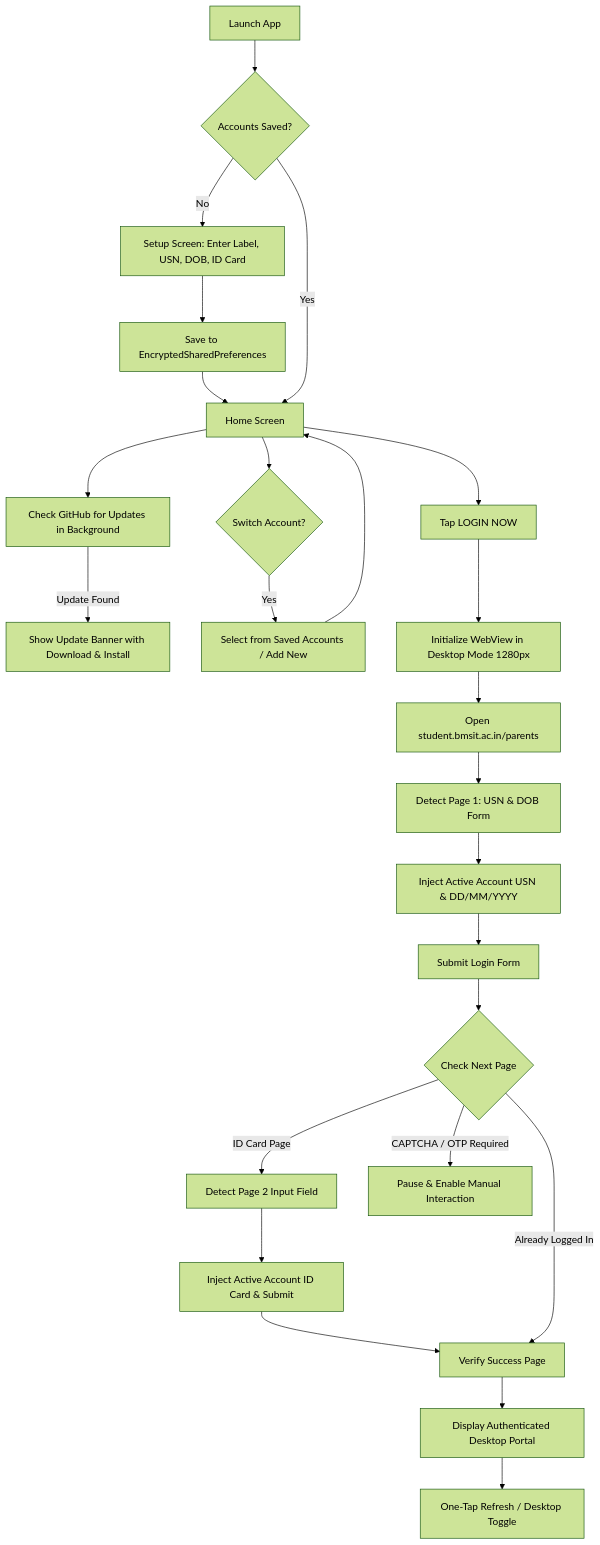
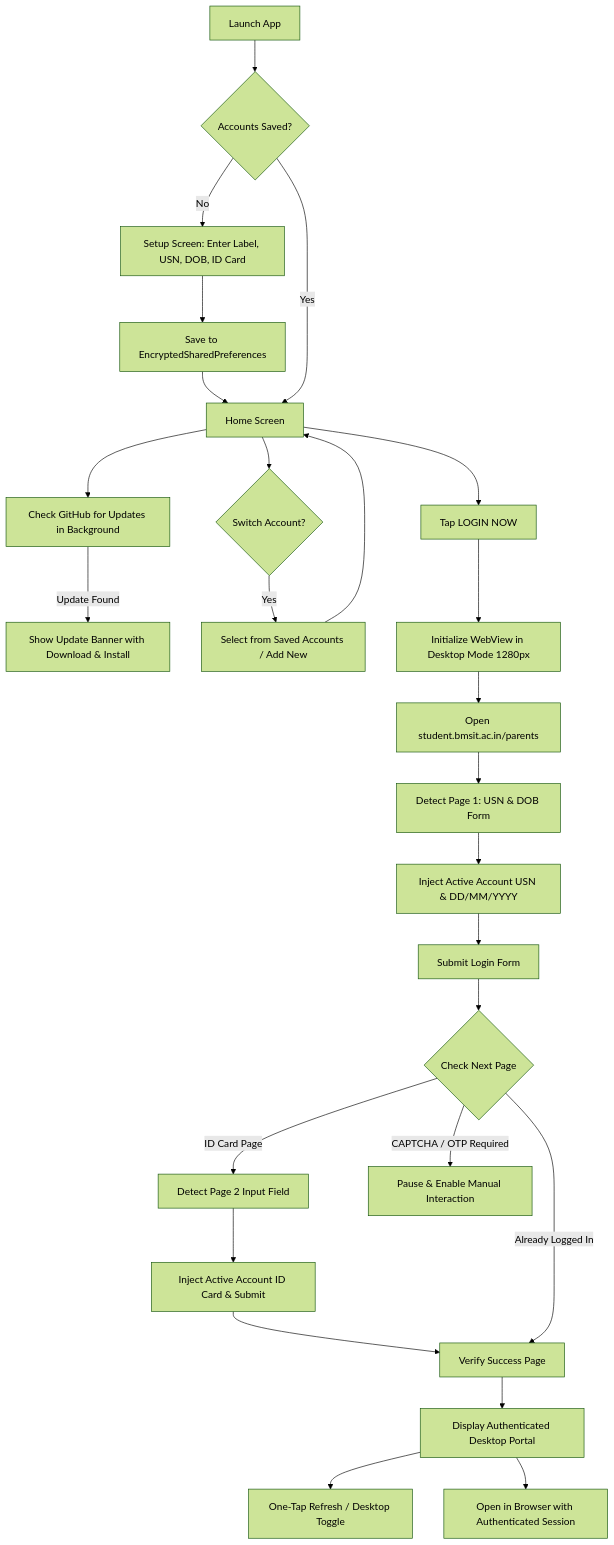
Before and after one commit to adityasing9/BMSIT-CP: the diagram in README.md, drawn with Mermaid (forest theme). The commit also changed other lines of this file and 2 other files, not shown here.

Commit message:
feat: enable open in browser exclusively post-login with session cookie propagation

````diff
--- a/README.md
+++ b/README.md
@@ -124,34 +127,35 @@
 ```mermaid
 flowchart TD
     A[Launch App] --> B{Accounts Saved?}
     B -- No --> C[Setup Screen: Enter Label, USN, DOB, ID Card]
     C --> D[Save to EncryptedSharedPreferences]
     D --> E[Home Screen]
     B -- Yes --> E[Home Screen]
     
     E --> F[Check GitHub for Updates in Background]
     F -- Update Found --> G[Show Update Banner with Download & Install]
     
     E --> H{Switch Account?}
     H -- Yes --> I[Select from Saved Accounts / Add New]
     I --> E
     
     E --> J[Tap LOGIN NOW]
     J --> K[Initialize WebView in Desktop Mode 1280px]
     K --> L[Open student.bmsit.ac.in/parents]
     
     L --> M[Detect Page 1: USN & DOB Form]
     M --> N[Inject Active Account USN & DD/MM/YYYY]
     N --> O[Submit Login Form]
     
     O --> P{Check Next Page}
     P -- ID Card Page --> Q[Detect Page 2 Input Field]
     Q --> R[Inject Active Account ID Card & Submit]
     R --> S[Verify Success Page]
     
     P -- Already Logged In --> S[Verify Success Page]
     P -- CAPTCHA / OTP Required --> T[Pause & Enable Manual Interaction]
     
     S --> U[Display Authenticated Desktop Portal]
     U --> V[One-Tap Refresh / Desktop Toggle]
+    U --> W[Open in Browser with Authenticated Session]
 ```
````
